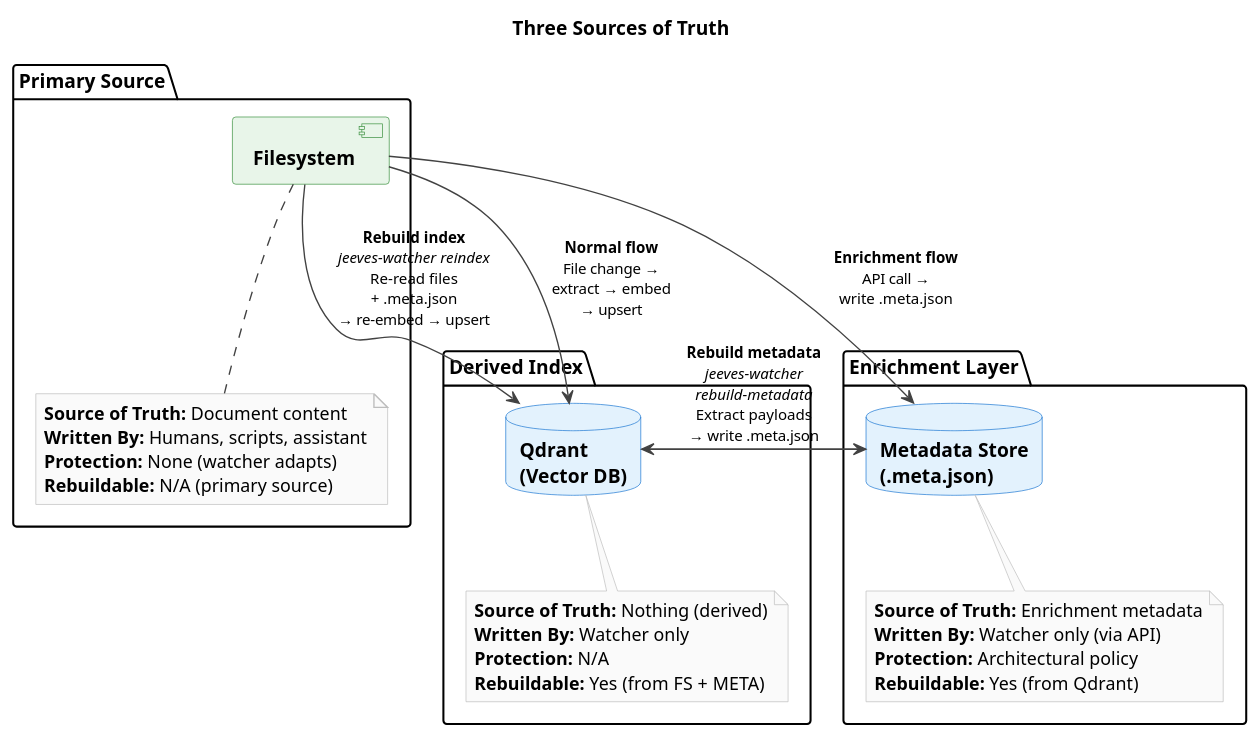
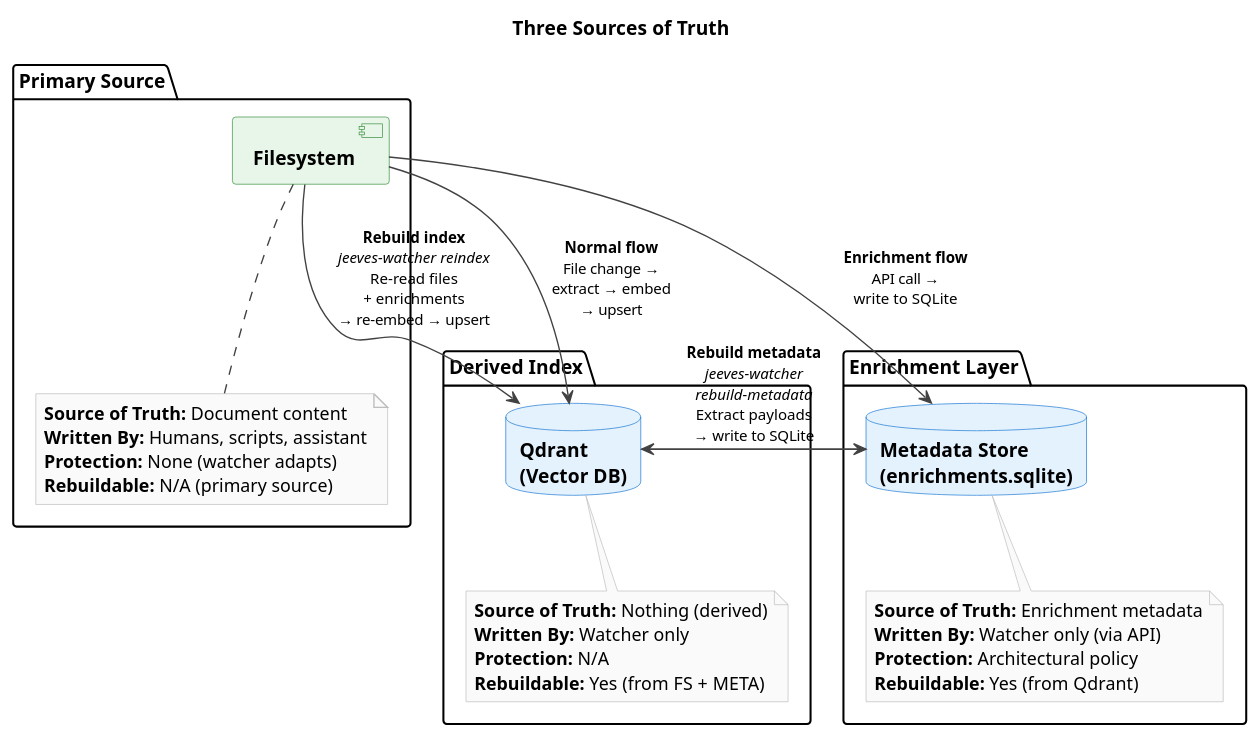
Before and after one commit to karmaniverous/jeeves-watcher: the diagram in packages/service/diagrams/three-sources-of-truth.pu, drawn with PlantUML. The commit also changed 6 other files, not shown here.

First line of the commit message:
docs: sync all documentation and diagrams with implementation

```diff
--- a/packages/service/diagrams/three-sources-of-truth.pu
+++ b/packages/service/diagrams/three-sources-of-truth.pu
@@ -1,57 +1,57 @@
 @startuml three-sources-of-truth
 
 skinparam backgroundColor #FFFFFF
 skinparam componentBackgroundColor #E8F5E9
 skinparam componentBorderColor #388E3C
 skinparam componentFontSize 14
 skinparam componentFontStyle bold
 skinparam databaseBackgroundColor #E3F2FD
 skinparam databaseBorderColor #1976D2
 skinparam databaseFontSize 14
 skinparam databaseFontStyle bold
 skinparam ArrowColor #424242
 skinparam ArrowFontSize 11
 skinparam NoteBorderColor #BDBDBD
 skinparam NoteBackgroundColor #FAFAFA
 
 title Three Sources of Truth
 
 package "Primary Source" {
   [Filesystem] as FS
   note bottom of FS
     **Source of Truth:** Document content
     **Written By:** Humans, scripts, assistant
     **Protection:** None (watcher adapts)
     **Rebuildable:** N/A (primary source)
   end note
 }
 
 package "Enrichment Layer" {
-  database "Metadata Store\n(.meta.json)" as META
+  database "Metadata Store\n(enrichments.sqlite)" as META
   note bottom of META
     **Source of Truth:** Enrichment metadata
     **Written By:** Watcher only (via API)
     **Protection:** Architectural policy
     **Rebuildable:** Yes (from Qdrant)
   end note
 }
 
 package "Derived Index" {
   database "Qdrant\n(Vector DB)" as QD
   note bottom of QD
     **Source of Truth:** Nothing (derived)
     **Written By:** Watcher only
     **Protection:** N/A
     **Rebuildable:** Yes (from FS + META)
   end note
 }
 
 FS -down-> QD : **Normal flow**\nFile change →\nextract → embed\n→ upsert
-FS -down-> META : **Enrichment flow**\nAPI call →\nwrite .meta.json
+FS -down-> META : **Enrichment flow**\nAPI call →\nwrite to SQLite
 
-QD -up-> META : **Rebuild metadata**\n//jeeves-watcher//\n//rebuild-metadata//\nExtract payloads\n→ write .meta.json
+QD -up-> META : **Rebuild metadata**\n//jeeves-watcher//\n//rebuild-metadata//\nExtract payloads\n→ write to SQLite
 
-FS -right-> QD : **Rebuild index**\n//jeeves-watcher reindex//\nRe-read files\n+ .meta.json\n→ re-embed → upsert
+FS -right-> QD : **Rebuild index**\n//jeeves-watcher reindex//\nRe-read files\n+ enrichments\n→ re-embed → upsert
 META -left-> QD
 
 @enduml
```
